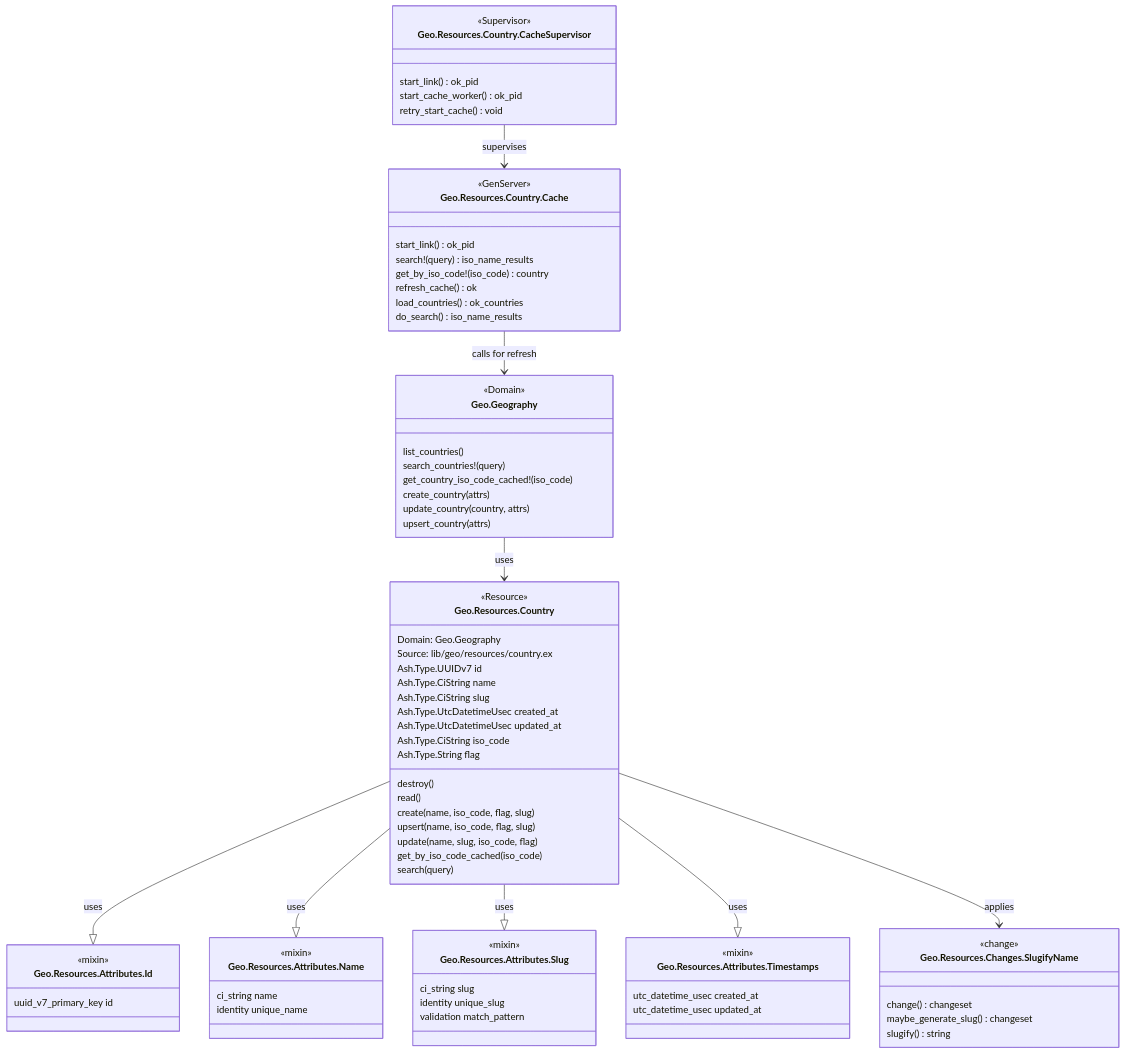
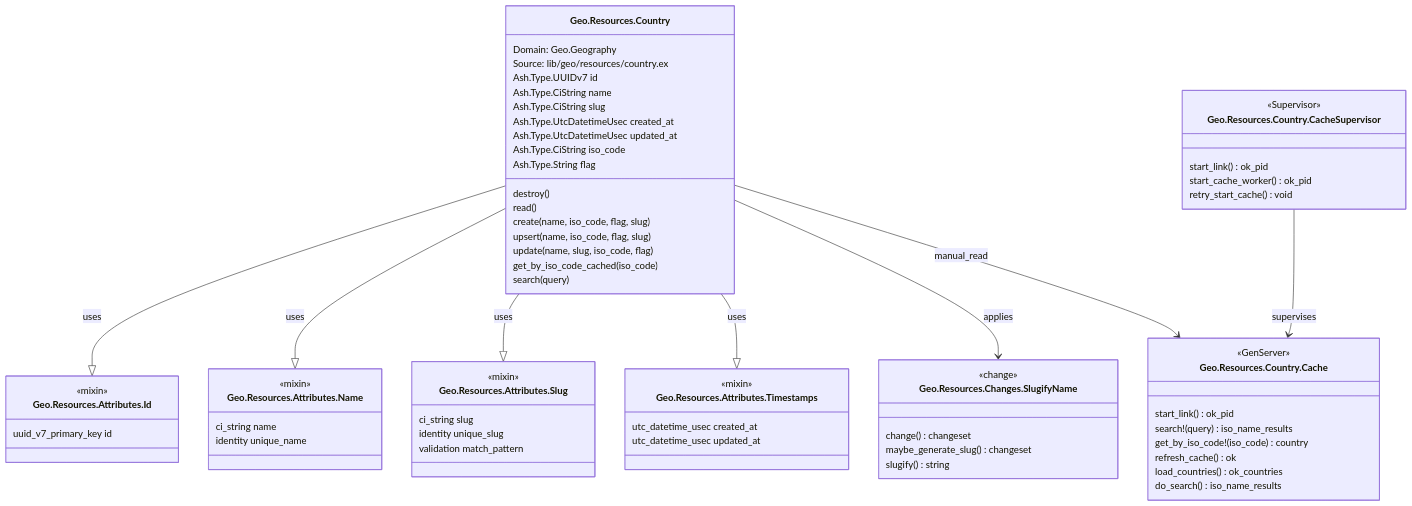
The first of 6 diagrams in README.md (dev-guy/geo), drawn with Mermaid before and after one commit. The commit also changed other lines of this file, not shown here.

````diff
--- a/README.md
+++ b/README.md
@@ -89,17 +85,7 @@
 ```mermaid
 classDiagram
-    class Geo.Geography {
-        <<Domain>>
-        list_countries()
-        search_countries!(query)
-        get_country_iso_code_cached!(iso_code)
-        create_country(attrs)
-        update_country(country, attrs)
-        upsert_country(attrs)
-    }
-    
+    Geo.Geography
     class Geo.Resources.Country {
-        <<Resource>>
         Domain: Geo.Geography
         Source: lib/geo/resources/country.ex
 
@@ -167,12 +153,11 @@
         retry_start_cache() void
     }
     
-    Geo.Geography --> Geo.Resources.Country : uses
     Geo.Resources.Country --|> Geo.Resources.Attributes.Id : uses
     Geo.Resources.Country --|> Geo.Resources.Attributes.Name : uses
     Geo.Resources.Country --|> Geo.Resources.Attributes.Slug : uses
     Geo.Resources.Country --|> Geo.Resources.Attributes.Timestamps : uses
     Geo.Resources.Country --> Geo.Resources.Changes.SlugifyName : applies
-    Geo.Resources.Country.Cache --> Geo.Geography : calls for refresh
+    Geo.Resources.Country --> Geo.Resources.Country.Cache : manual_read
     Geo.Resources.Country.CacheSupervisor --> Geo.Resources.Country.Cache : supervises
 ```
````
